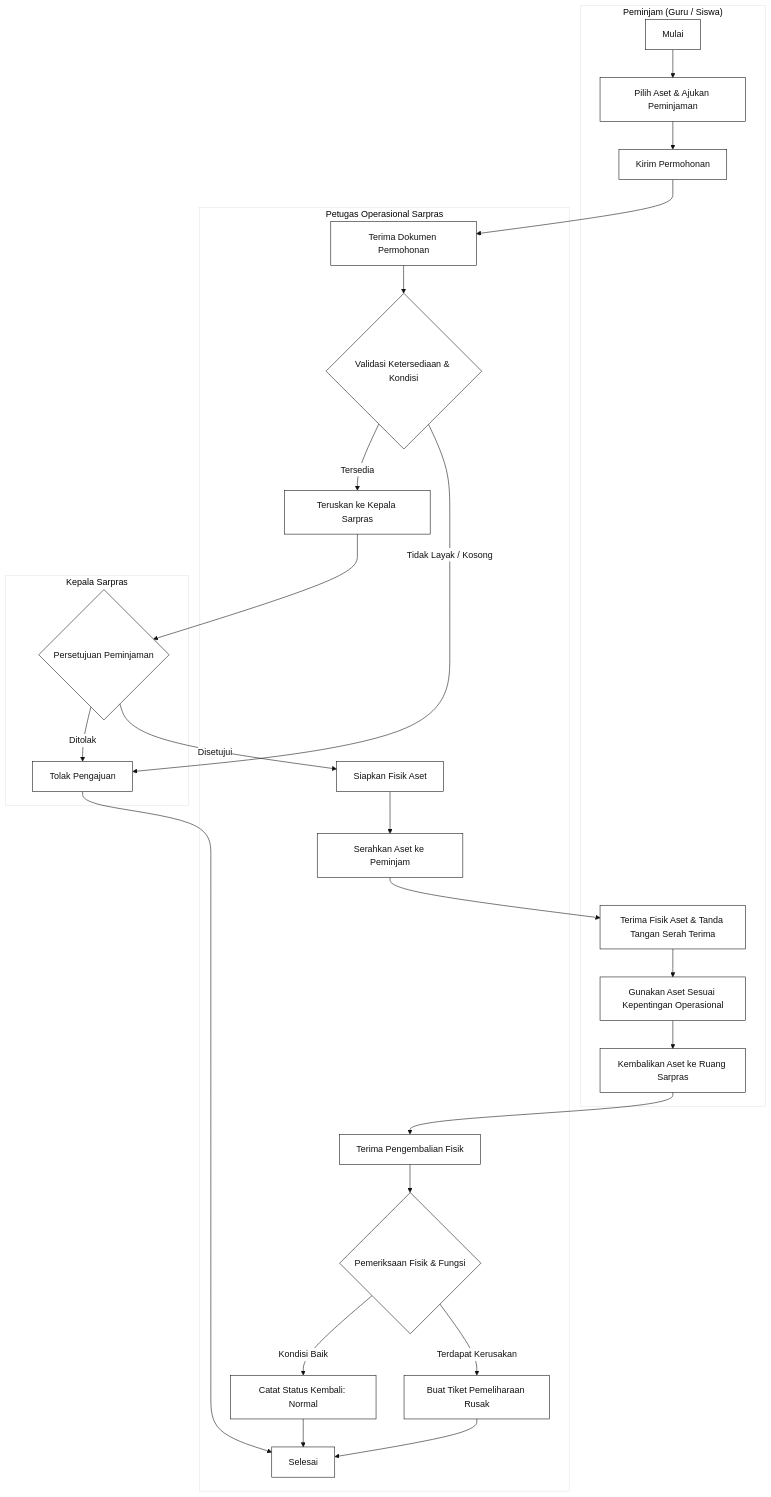
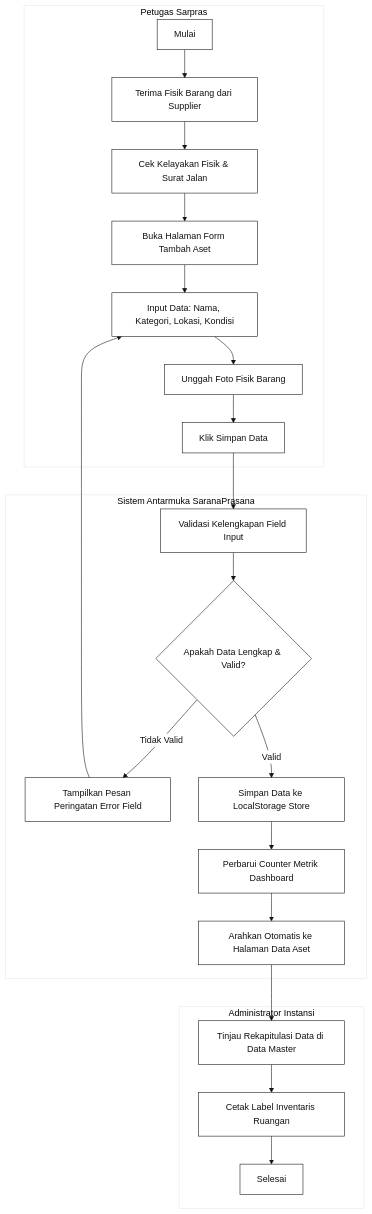
Before and after one commit to HeinrichRaxwell/Sarpras: the second of 4 diagrams in docs/perancangan.md, drawn with Mermaid. The commit also changed other lines of this file and 10 other files, not shown here.

Commit message:
selesaikan implementasi sarpras sesuai showcase

````diff
--- a/docs/perancangan.md
+++ b/docs/perancangan.md
@@ -144,48 +145,38 @@
 ```mermaid
 %%{init: {'theme': 'base', 'themeVariables': { 'primaryColor': '#ffffff', 'primaryBorderColor': '#111111', 'primaryTextColor': '#111111', 'lineColor': '#111111', 'secondaryColor': '#ffffff', 'tertiaryColor': '#ffffff' }}}%%
 flowchart TD
-    subgraph Peminjam["Peminjam (Guru / Siswa)"]
-        P1["Mulai"] --> P2["Pilih Aset & Ajukan Peminjaman"]
-        P2 --> P3["Kirim Permohonan"]
-        P4["Terima Fisik Aset & Tanda Tangan Serah Terima"]
-        P5["Gunakan Aset Sesuai Kepentingan Operasional"]
-        P6["Kembalikan Aset ke Ruang Sarpras"]
+    subgraph Petugas["Petugas Sarpras"]
+        P1["Mulai"] --> P2["Terima Fisik Barang dari Supplier"]
+        P2 --> P3["Cek Kelayakan Fisik & Surat Jalan"]
+        P3 --> P4["Buka Halaman Form Tambah Aset"]
+        P4 --> P5["Input Data: Nama, Kategori, Lokasi, Kondisi"]
+        P5 --> P6["Unggah Foto Fisik Barang"]
+        P6 --> P7["Klik Simpan Data"]
     end
 
-    subgraph Petugas["Petugas Operasional Sarpras"]
-        S1["Terima Dokumen Permohonan"]
-        S2{"Validasi Ketersediaan & Kondisi"}
-        S3["Teruskan ke Kepala Sarpras"]
-        S4["Siapkan Fisik Aset"]
-        S5["Serahkan Aset ke Peminjam"]
-        S6["Terima Pengembalian Fisik"]
-        S7{"Pemeriksaan Fisik & Fungsi"}
-        S8["Catat Status Kembali: Normal"]
-        S9["Buat Tiket Pemeliharaan Rusak"]
-        S10["Selesai"]
+    subgraph Sistem["Sistem Antarmuka SaranaPrasana"]
+        S1["Validasi Kelengkapan Field Input"]
+        S2{"Apakah Data Lengkap & Valid?"}
+        S3["Tampilkan Pesan Peringatan Error Field"]
+        S4["Simpan Data ke LocalStorage Store"]
+        S5["Perbarui Counter Metrik Dashboard"]
+        S6["Arahkan Otomatis ke Halaman Data Aset"]
     end
 
-    subgraph Pimpinan["Kepala Sarpras"]
-        K1{"Persetujuan Peminjaman"}
-        K2["Tolak Pengajuan"]
+    subgraph Admin["Administrator Instansi"]
+        A1["Tinjau Rekapitulasi Data di Data Master"]
+        A2["Cetak Label Inventaris Ruangan"]
+        A3["Selesai"]
     end
 
-    P3 --> S1
+    P7 --> S1
     S1 --> S2
-    S2 -- "Tersedia" --> S3
-    S2 -- "Tidak Layak / Kosong" --> K2
-    S3 --> K1
-    K1 -- "Disetujui" --> S4
-    K1 -- "Ditolak" --> K2
-    K2 --> S10
+    S2 -- "Tidak Valid" --> S3
+    S3 --> P5
+    S2 -- "Valid" --> S4
     S4 --> S5
-    S5 --> P4
-    P4 --> P5
-    P5 --> P6
-    P6 --> S6
-    S6 --> S7
-    S7 -- "Kondisi Baik" --> S8
-    S7 -- "Terdapat Kerusakan" --> S9
-    S8 --> S10
-    S9 --> S10
+    S5 --> S6
+    S6 --> A1
+    A1 --> A2
+    A2 --> A3
 ```
````
